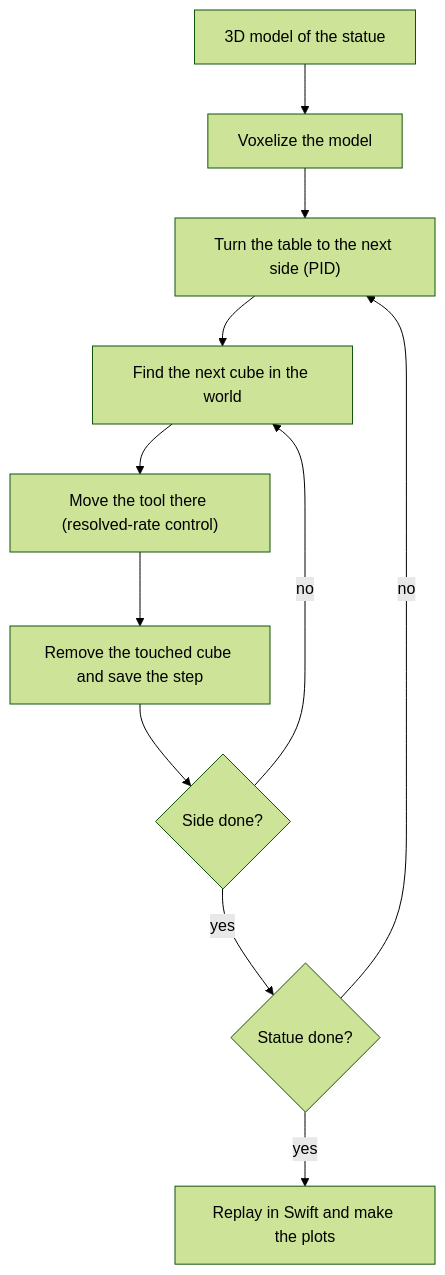
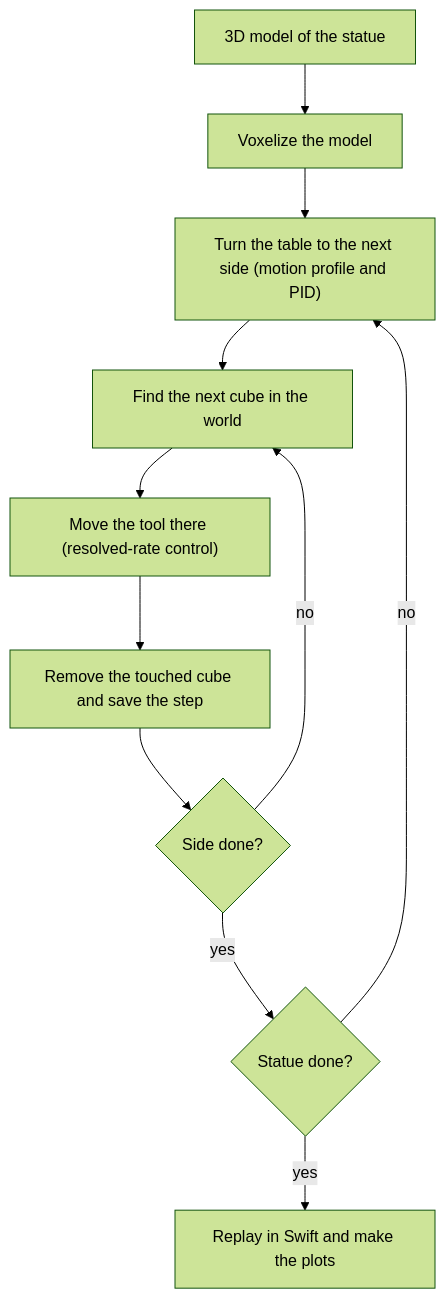
Before and after one commit to Aokiri/sculptor-robot: the diagram in README.md, drawn with Mermaid (forest theme). The commit also changed other lines of this file, not shown here.

Commit message:
Docs: Add the motion profile and notebook 06 to the README

````diff
--- a/README.md
+++ b/README.md
@@ -48,13 +48,13 @@
 ```mermaid
 flowchart TD
     A["3D model of the statue"] --> B["Voxelize the model"]
-    B --> C["Turn the table to the next side (PID)"]
+    B --> C["Turn the table to the next side (motion profile and PID)"]
     C --> D["Find the next cube in the world"]
     D --> E["Move the tool there (resolved-rate control)"]
     E --> F["Remove the touched cube and save the step"]
     F --> G{"Side done?"}
     G -- no --> D
     G -- yes --> H{"Statue done?"}
     H -- no --> C
     H -- yes --> I["Replay in Swift and make the plots"]
 ```
````
